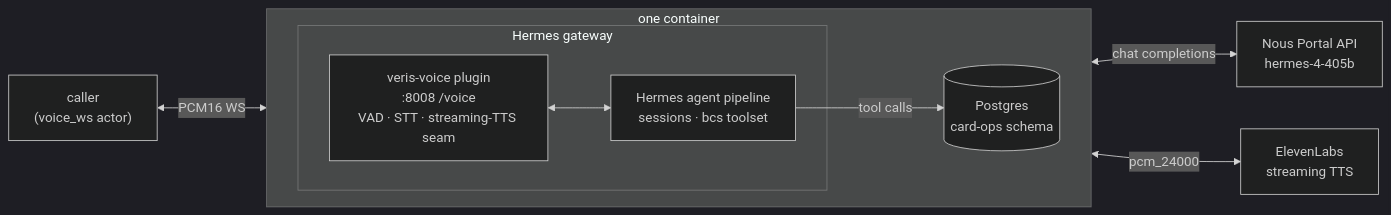
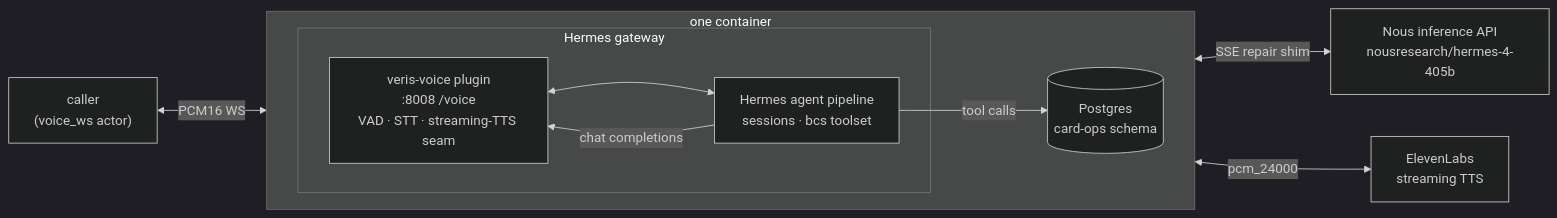
The diagram in hermes/README.md (veris-ai/riley-agent), drawn with Mermaid (dark theme) before and after one commit. The commit also changed other lines of this file and 5 other files, not shown here.

First line of the commit message:
fix(hermes): make the live path work end to end against real Nous + ElevenLabs keys

````diff
--- a/hermes/README.md
+++ b/hermes/README.md
@@ -13,22 +13,23 @@
 ```mermaid
 flowchart LR
     caller["caller<br/>(voice_ws actor)"]
 
     subgraph container ["one container"]
         direction LR
         subgraph gw ["Hermes gateway"]
             plugin["veris-voice plugin<br/>:8008 /voice<br/>VAD · STT · streaming-TTS seam"]
             agent["Hermes agent pipeline<br/>sessions · bcs toolset"]
         end
         pg[("Postgres<br/>card-ops schema")]
     end
 
-    nous["Nous Portal API<br/>hermes-4-405b"]
+    nous["Nous inference API<br/>nousresearch/hermes-4-405b"]
     el["ElevenLabs<br/>streaming TTS"]
 
     caller <-->|"PCM16 WS"| plugin
     plugin <--> agent
     agent -->|"tool calls"| pg
-    agent <-->|"chat completions"| nous
+    agent -->|"chat completions"| plugin
+    plugin <-->|"SSE repair shim"| nous
     plugin <-->|"pcm_24000"| el
 ```
````
